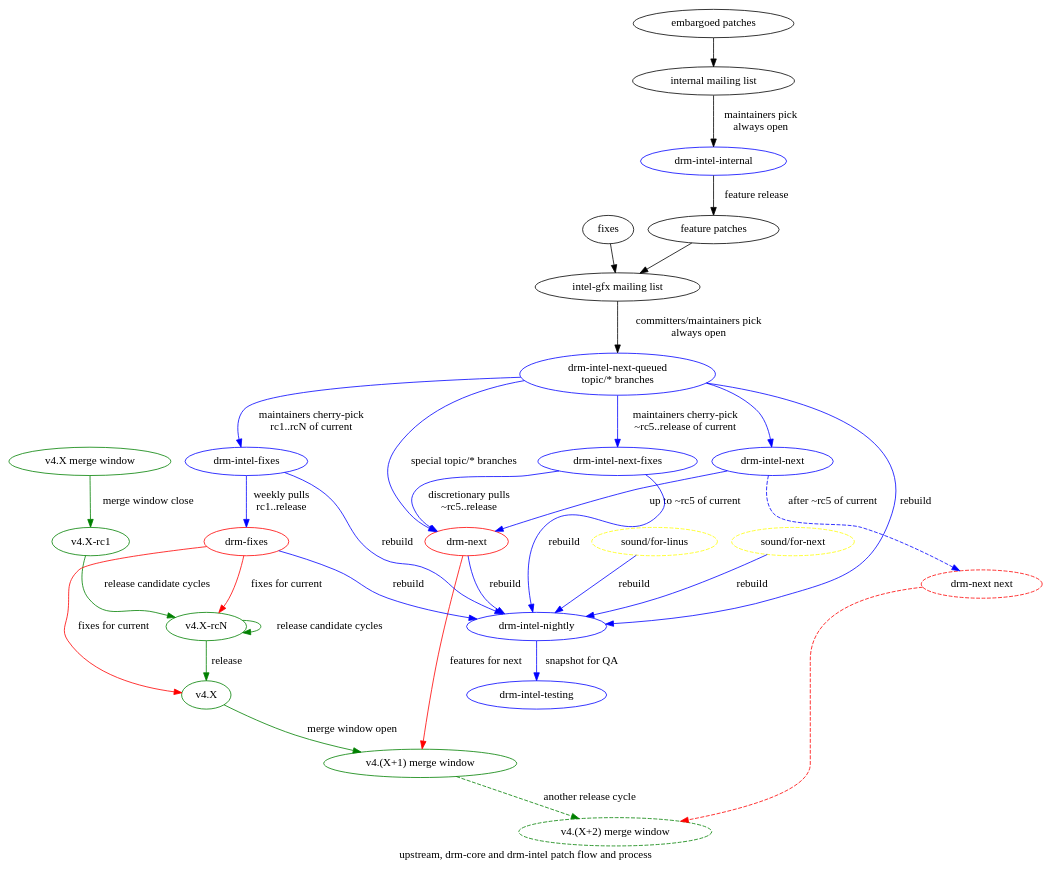
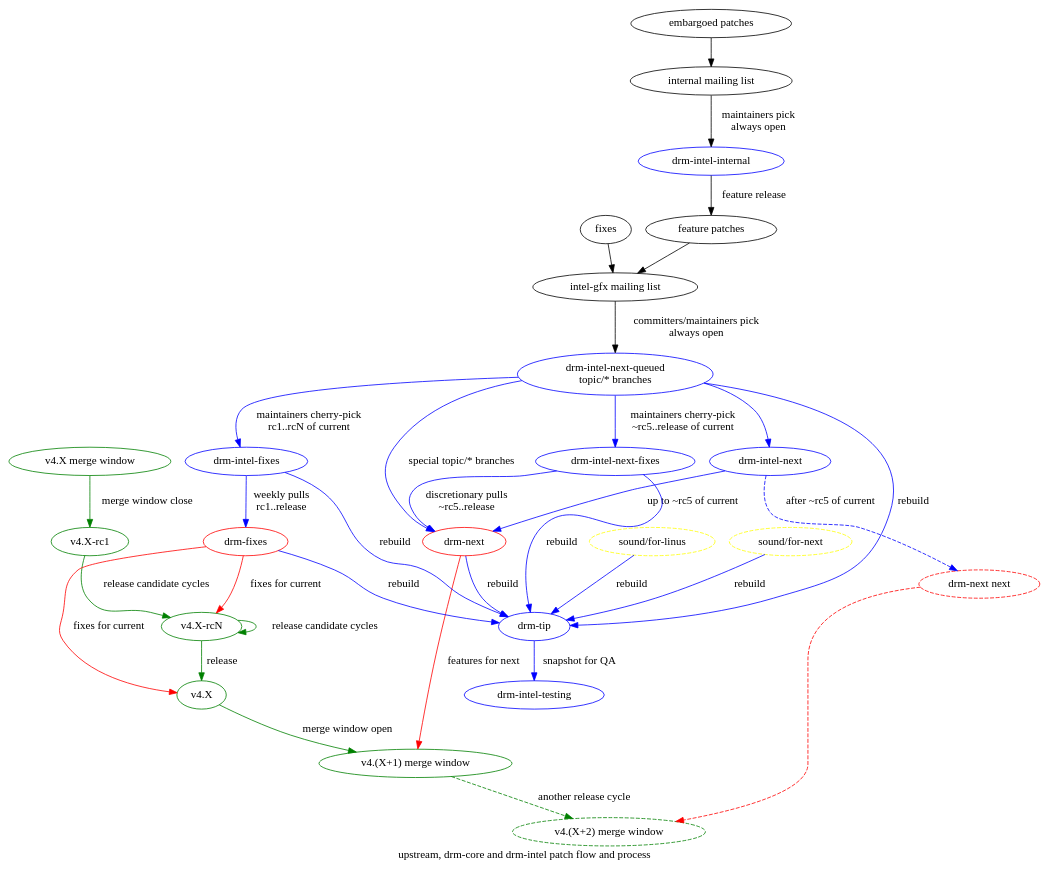
One commit to vsyrjala/linux changed the diagram in drm-intel-flow.dot. Above: the diagram before and after it, drawn with Graphviz. The commit also changed 4 other files, not shown here.

First line of the commit message:
dim: Split out drm-tip.git

```diff
--- a/drm-intel-flow.dot
+++ b/drm-intel-flow.dot
@@ -1,99 +1,99 @@
 #
 # Copyright © 2014-2015 Intel Corporation
 #
 # Permission is hereby granted, free of charge, to any person obtaining a
 # copy of this software and associated documentation files (the "Software"),
 # to deal in the Software without restriction, including without limitation
 # the rights to use, copy, modify, merge, publish, distribute, sublicense,
 # and/or sell copies of the Software, and to permit persons to whom the
 # Software is furnished to do so, subject to the following conditions:
 #
 # The above copyright notice and this permission notice (including the next
 # paragraph) shall be included in all copies or substantial portions of the
 # Software.
 #
 # THE SOFTWARE IS PROVIDED "AS IS", WITHOUT WARRANTY OF ANY KIND, EXPRESS OR
 # IMPLIED, INCLUDING BUT NOT LIMITED TO THE WARRANTIES OF MERCHANTABILITY,
 # FITNESS FOR A PARTICULAR PURPOSE AND NONINFRINGEMENT.  IN NO EVENT SHALL
 # THE AUTHORS OR COPYRIGHT HOLDERS BE LIABLE FOR ANY CLAIM, DAMAGES OR OTHER
 # LIABILITY, WHETHER IN AN ACTION OF CONTRACT, TORT OR OTHERWISE, ARISING
 # FROM, OUT OF OR IN CONNECTION WITH THE SOFTWARE OR THE USE OR OTHER DEALINGS
 # IN THE SOFTWARE.
 #
 # Authors:
 #	Jani Nikula <jani.nikula@intel.com>
 #
 
 strict digraph "drm-intel" {
        label="upstream, drm-core and drm-intel patch flow and process"
 
        # upstream
        mw1 [label="v4.X merge window" color=green]
        rc1 [label="v4.X-rc1" color=green]
        rcN [label="v4.X-rcN" color=green]
        release [label="v4.X" color=green]
        mw2 [label="v4.(X+1) merge window" color=green]
        mw3 [label="v4.(X+2) merge window" color=green style=dashed]
 
        mw1 -> rc1 [label="merge window close" color=green];
        rc1 -> rcN -> rcN [label="release candidate cycles" color=green];
        rcN -> release [label="release" color=green];
        release -> mw2 [label="merge window open" color=green];
        mw2 -> mw3 [label="another release cycle" color=green style=dashed];
 
        # drm-core
        "drm-next" [color=red]
        "drm-fixes" [color=red]
        "drm-next next" [color=red style=dashed]
 
        "drm-fixes" -> rcN [label="fixes for current" color=red]
        "drm-fixes" -> release [label="fixes for current" color=red]
        "drm-next" -> mw2 [label="features for next" color=red]
        "drm-next next" -> mw3 [color=red style=dashed]
 
        # drm-intel
        "drm-intel-fixes" [color=blue]
        "drm-intel-next" [color=blue]
        "drm-intel-next-fixes" [color=blue]
        "drm-intel-next-queued" [label="drm-intel-next-queued\ntopic/* branches" color=blue]
-       "drm-intel-nightly" [color=blue]
+       "drm-tip" [color=blue]
        "drm-intel-testing" [color=blue]
        "drm-intel-internal" [color=blue]
 
        "drm-intel-fixes" -> "drm-fixes" [label="weekly pulls\nrc1..release" color=blue]
        "drm-intel-next" -> "drm-next next" [label="after ~rc5 of current" color=blue style=dashed]
        "drm-intel-next" -> "drm-next" [label="up to ~rc5 of current" color=blue]
        "drm-intel-next-fixes" -> "drm-next" [label="discretionary pulls\n~rc5..release" color=blue]
        "drm-intel-next-queued" -> "drm-intel-next" [color=blue]
        "drm-intel-next-queued" -> "drm-next" [label="special topic/* branches" color=blue]
-       "drm-intel-nightly" -> "drm-intel-testing" [label="snapshot for QA" color=blue]
+       "drm-tip" -> "drm-intel-testing" [label="snapshot for QA" color=blue]
 
        # other trees in nightly
        "sound/for-linus" [color=yellow style=dashed]
        "sound/for-next" [color=yellow style=dashed]
 
        # nightly rebuild
-       "drm-intel-fixes" -> "drm-intel-nightly" [label="rebuild" color=blue]
-       "drm-intel-next-fixes" -> "drm-intel-nightly" [label="rebuild" color=blue]
-       "drm-intel-next-queued" -> "drm-intel-nightly" [label="rebuild" color=blue]
-       "drm-next" -> "drm-intel-nightly" [label="rebuild" color=blue]
-       "drm-fixes" -> "drm-intel-nightly" [label="rebuild" color=blue]
-       "sound/for-next" -> "drm-intel-nightly" [label="rebuild" color=blue]
-       "sound/for-linus" -> "drm-intel-nightly" [label="rebuild" color=blue]
+       "drm-intel-fixes" -> "drm-tip" [label="rebuild" color=blue]
+       "drm-intel-next-fixes" -> "drm-tip" [label="rebuild" color=blue]
+       "drm-intel-next-queued" -> "drm-tip" [label="rebuild" color=blue]
+       "drm-next" -> "drm-tip" [label="rebuild" color=blue]
+       "drm-fixes" -> "drm-tip" [label="rebuild" color=blue]
+       "sound/for-next" -> "drm-tip" [label="rebuild" color=blue]
+       "sound/for-linus" -> "drm-tip" [label="rebuild" color=blue]
 
        # patch flow
        "intel-gfx" [label="intel-gfx mailing list"]
        "internal" [label="internal mailing list"]
 
        "fixes" -> "intel-gfx"
        "feature patches" -> "intel-gfx"
 
        "embargoed patches" -> "internal"
        "drm-intel-internal" -> "feature patches" [label="feature release"]
 
        "internal" -> "drm-intel-internal" [label="maintainers pick\nalways open"]
 
        "intel-gfx" -> "drm-intel-next-queued" [label="committers/maintainers pick\nalways open"]
        "drm-intel-next-queued" -> "drm-intel-fixes" [label="maintainers cherry-pick\nrc1..rcN of current" color=blue]
        "drm-intel-next-queued" -> "drm-intel-next-fixes" [label="maintainers cherry-pick\n~rc5..release of current" color=blue]
 }
```
